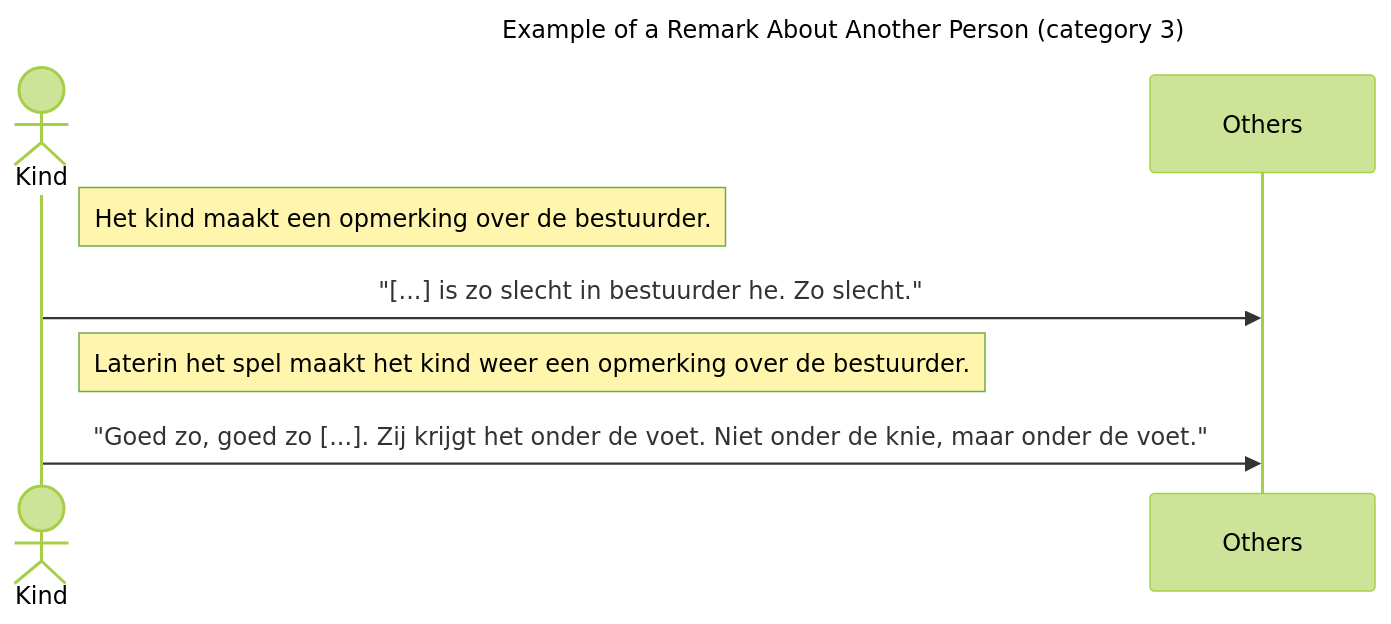
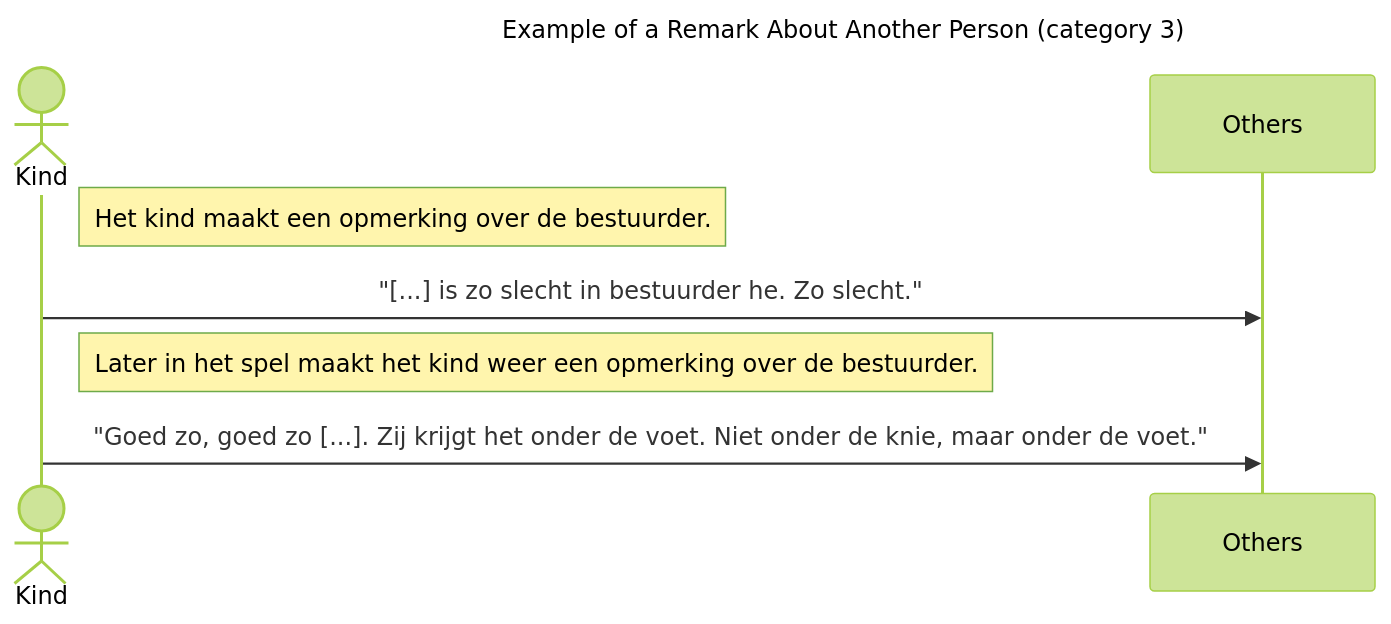
One commit to Dionysi/AnnotationTool-Release changed the third of 7 diagrams in Annotation-rules-refactor.md. Above: the diagram before and after it, drawn with Mermaid (forest theme).

````diff
--- a/Annotation-rules-refactor.md
+++ b/Annotation-rules-refactor.md
@@ -70,10 +70,10 @@
     ```mermaid
     sequenceDiagram
         title Example of a Remark About Another Person (category 3) 
         actor Kind
         Note right of Kind: Het kind maakt een opmerking over de bestuurder.
         Kind->>Others: "[...] is zo slecht in bestuurder he. Zo slecht."
     
-        Note right of Kind: Laterin het spel maakt het kind weer een opmerking over de bestuurder.
+        Note right of Kind: Later in het spel maakt het kind weer een opmerking over de bestuurder.
         Kind->>Others: "Goed zo, goed zo [...]. Zij krijgt het onder de voet. Niet onder de knie, maar onder de voet."
     ```
````
